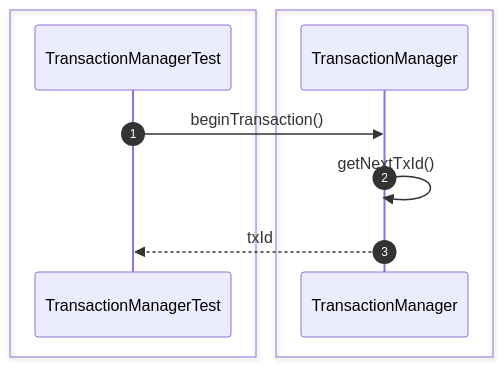
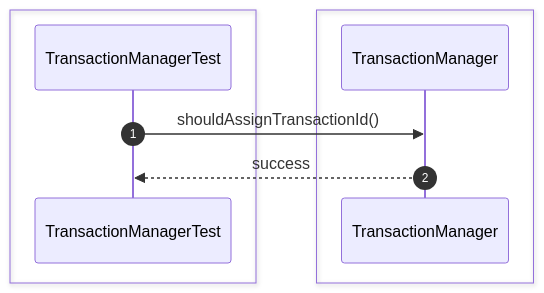
One commit to Huy1801214/dbms-architecture changed the tenth of 54 diagrams in src/sequence/transaction.md. Above: the diagram before and after it, drawn with Mermaid. The commit also changed other lines of this file and 68 other files, not shown here.

Commit message:
implement comprehensive unit test suite and architectural sequence documentation

````diff
--- a/src/sequence/transaction.md
+++ b/src/sequence/transaction.md
@@ -169,15 +141,13 @@
 ```mermaid
 sequenceDiagram
     autonumber
-
     box #e1f5fe Test Suite
     participant Test as TransactionManagerTest
     end
-    box #ffebee Transaction Components
-    participant Manager as TransactionManager
+    box #ffebee TransactionManager Component
+    participant TM as TransactionManager
     end
 
-    Test->>Manager: beginTransaction()
-    Manager->>Manager: getNextTxId()
-    Manager-->>Test: txId
+    Test->>TM: shouldAssignTransactionId()
+    TM-->>Test: success
 ```
````
